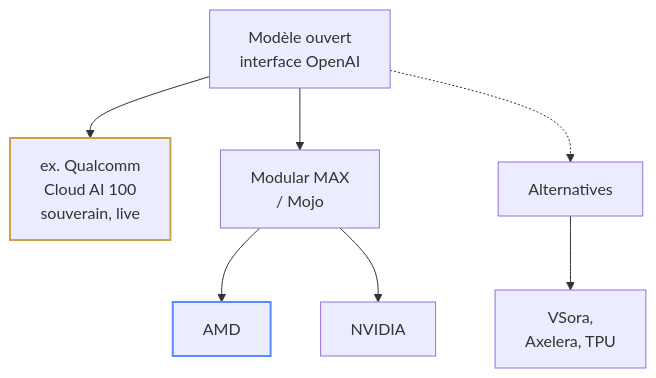
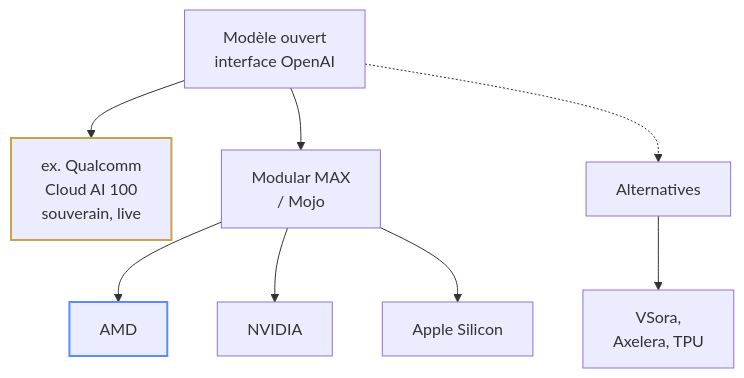
The third of 3 diagrams in presentation/slides.md (wilfred-dore/hackathon-assemblee-2026), drawn with Mermaid before and after one commit. The commit also changed other lines of this file and 2 other files, not shown here.

````diff
--- a/presentation/slides.md
+++ b/presentation/slides.md
@@ -301,11 +301,12 @@
 ```mermaid {scale: 0.58}
 flowchart TB
     L["Modèle ouvert<br>interface OpenAI"] --> Q["ex. Qualcomm<br>Cloud AI 100<br>souverain, live"]
     L --> M["Modular MAX<br>/ Mojo"]
     L -.-> ALT["Alternatives"]
     M --> AMD["AMD"]
     M --> NV["NVIDIA"]
+    M --> APL["Apple Silicon"]
     ALT --> EU["VSora,<br>Axelera, TPU"]
     style Q stroke:#c9a24b,stroke-width:2px
     style AMD stroke:#5b8cff,stroke-width:2px
 ```
````
